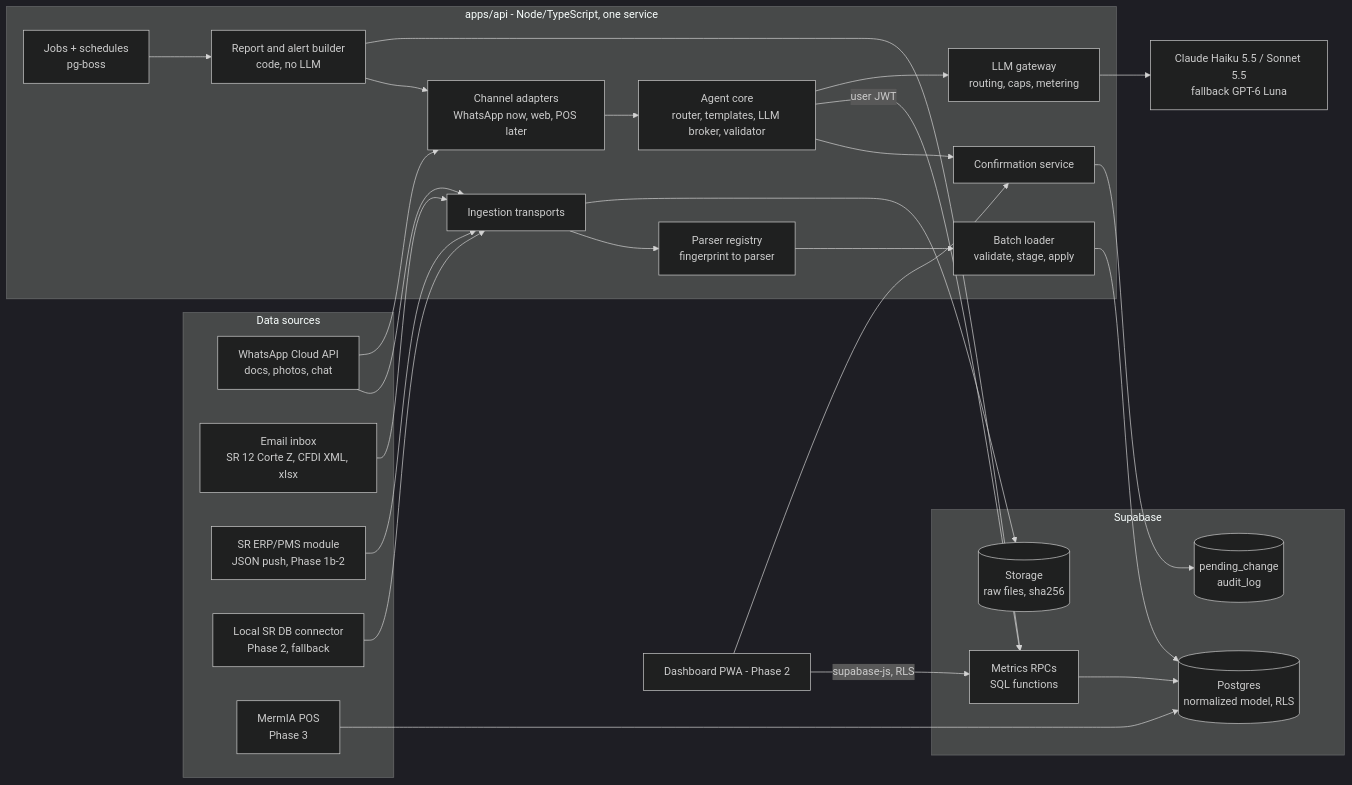
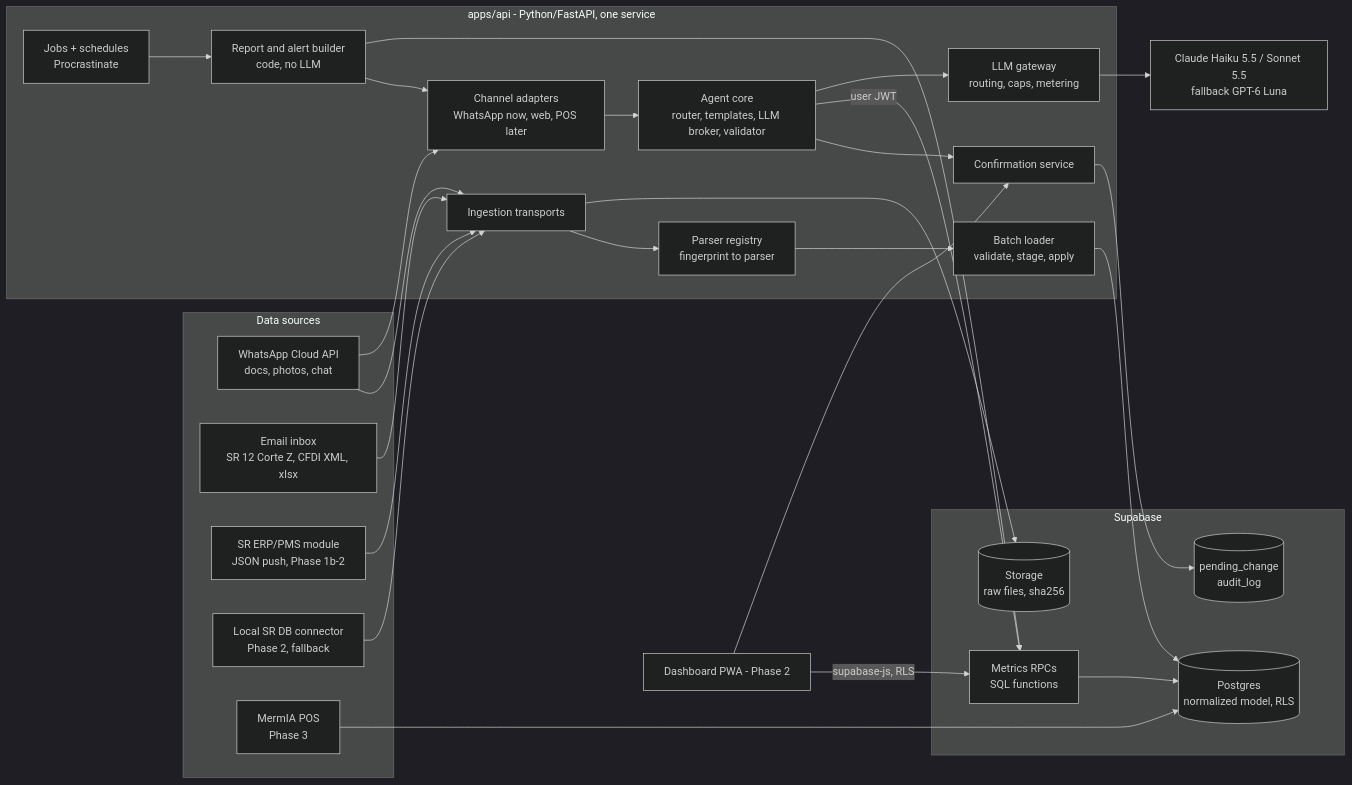
Before and after one commit to mermia-tech/MermIA: the first of 4 diagrams in docs/kickoff/09-architecture.md, drawn with Mermaid (dark theme). The commit also changed other lines of this file and 2 other files, not shown here.

Commit message:
MR-46: switch backend plan to Python (FastAPI, Pydantic, Procrastinate)

````diff
--- a/docs/kickoff/09-architecture.md
+++ b/docs/kickoff/09-architecture.md
@@ -21,50 +21,50 @@
 ```mermaid
 flowchart LR
   subgraph SRC[Data sources]
     WA[WhatsApp Cloud API<br/>docs, photos, chat]
     EM[Email inbox<br/>SR 12 Corte Z, CFDI XML, xlsx]
     ERP[SR ERP/PMS module<br/>JSON push, Phase 1b-2]
     CON[Local SR DB connector<br/>Phase 2, fallback]
     POS[MermIA POS<br/>Phase 3]
   end
 
-  subgraph API[apps/api - Node/TypeScript, one service]
+  subgraph API[apps/api - Python/FastAPI, one service]
     CH[Channel adapters<br/>WhatsApp now, web, POS later]
     TR[Ingestion transports]
     PR[Parser registry<br/>fingerprint to parser]
     LD[Batch loader<br/>validate, stage, apply]
     AG[Agent core<br/>router, templates, LLM broker, validator]
     CF[Confirmation service]
-    JOB[Jobs + schedules<br/>pg-boss]
+    JOB[Jobs + schedules<br/>Procrastinate]
     RB[Report and alert builder<br/>code, no LLM]
     GW[LLM gateway<br/>routing, caps, metering]
   end
 
   subgraph SB[Supabase]
     STO[(Storage<br/>raw files, sha256)]
     DB[(Postgres<br/>normalized model, RLS)]
     MET[Metrics RPCs<br/>SQL functions]
     PC[(pending_change<br/>audit_log)]
   end
 
   LLM[Claude Haiku 5.5 / Sonnet 5.5<br/>fallback GPT-6 Luna]
   DASH[Dashboard PWA - Phase 2]
 
   WA --> CH
   WA --> TR
   EM --> TR
   ERP --> TR
   CON --> TR
   POS --> DB
   TR --> STO
   TR --> PR --> LD --> DB
   CH --> AG
   AG --> GW --> LLM
   AG -->|user JWT| MET
   AG --> CF --> PC
   MET --> DB
   JOB --> RB --> MET
   RB --> CH
   DASH -->|supabase-js, RLS| MET
   DASH --> CF
 ```
````
